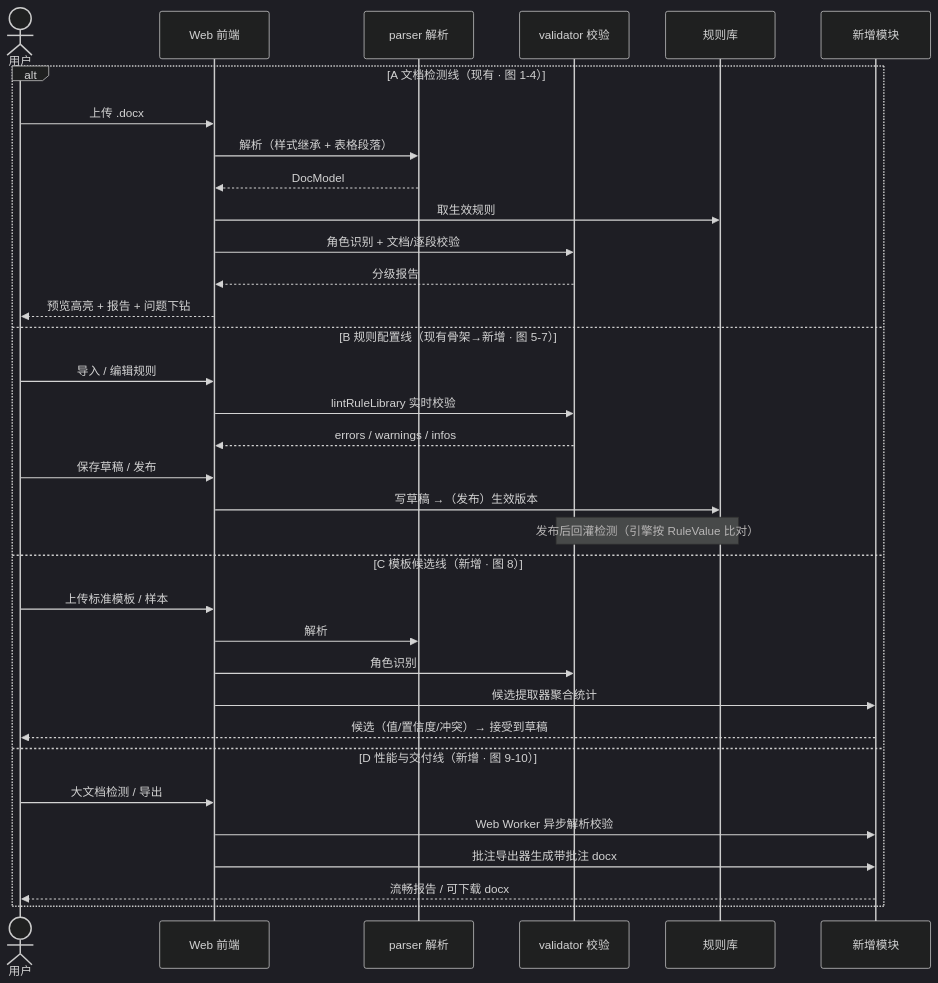
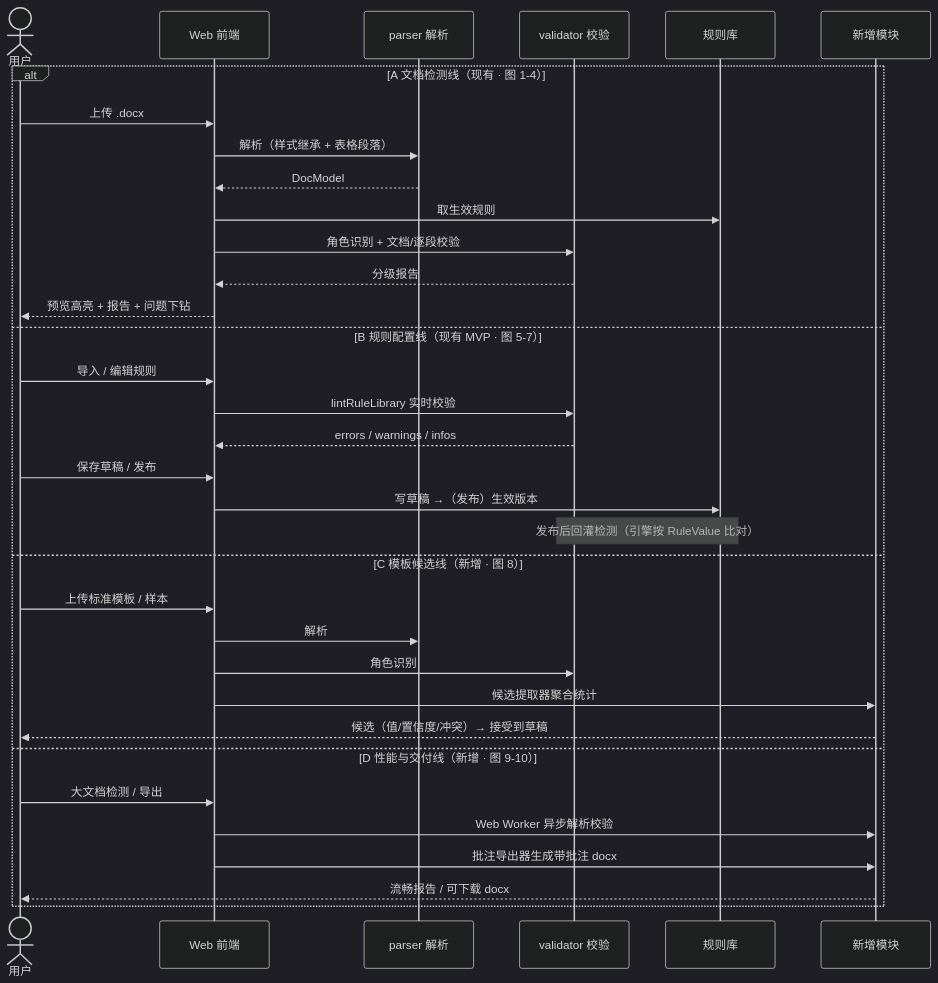
The first of 12 diagrams in docs/2026-06-10-feature-sequence-diagrams.md (Tuh553/word-auto), drawn with Mermaid (dark theme) before and after one commit. The commit also changed other lines of this file and 31 other files, not shown here.

````diff
--- a/docs/2026-06-10-feature-sequence-diagrams.md
+++ b/docs/2026-06-10-feature-sequence-diagrams.md
@@ -29,37 +30,37 @@
 ```mermaid
 sequenceDiagram
     actor U as 用户
     participant W as Web 前端
     participant P as parser 解析
     participant V as validator 校验
     participant R as 规则库
     participant X as 新增模块
 
     alt A 文档检测线（现有 · 图 1-4）
         U->>W: 上传 .docx
         W->>P: 解析（样式继承 + 表格段落）
         P-->>W: DocModel
         W->>R: 取生效规则
         W->>V: 角色识别 + 文档/逐段校验
         V-->>W: 分级报告
         W-->>U: 预览高亮 + 报告 + 问题下钻
-    else B 规则配置线（现有骨架→新增 · 图 5-7）
+    else B 规则配置线（现有 MVP · 图 5-7）
         U->>W: 导入 / 编辑规则
         W->>V: lintRuleLibrary 实时校验
         V-->>W: errors / warnings / infos
         U->>W: 保存草稿 / 发布
         W->>R: 写草稿 →（发布）生效版本
         Note over R,V: 发布后回灌检测（引擎按 RuleValue 比对）
     else C 模板候选线（新增 · 图 8）
         U->>W: 上传标准模板 / 样本
         W->>P: 解析
         W->>V: 角色识别
         W->>X: 候选提取器聚合统计
         X-->>U: 候选（值/置信度/冲突）→ 接受到草稿
     else D 性能与交付线（新增 · 图 9-10）
         U->>W: 大文档检测 / 导出
         W->>X: Web Worker 异步解析校验
         W->>X: 批注导出器生成带批注 docx
         X-->>U: 流畅报告 / 可下载 docx
     end
 ```
````
